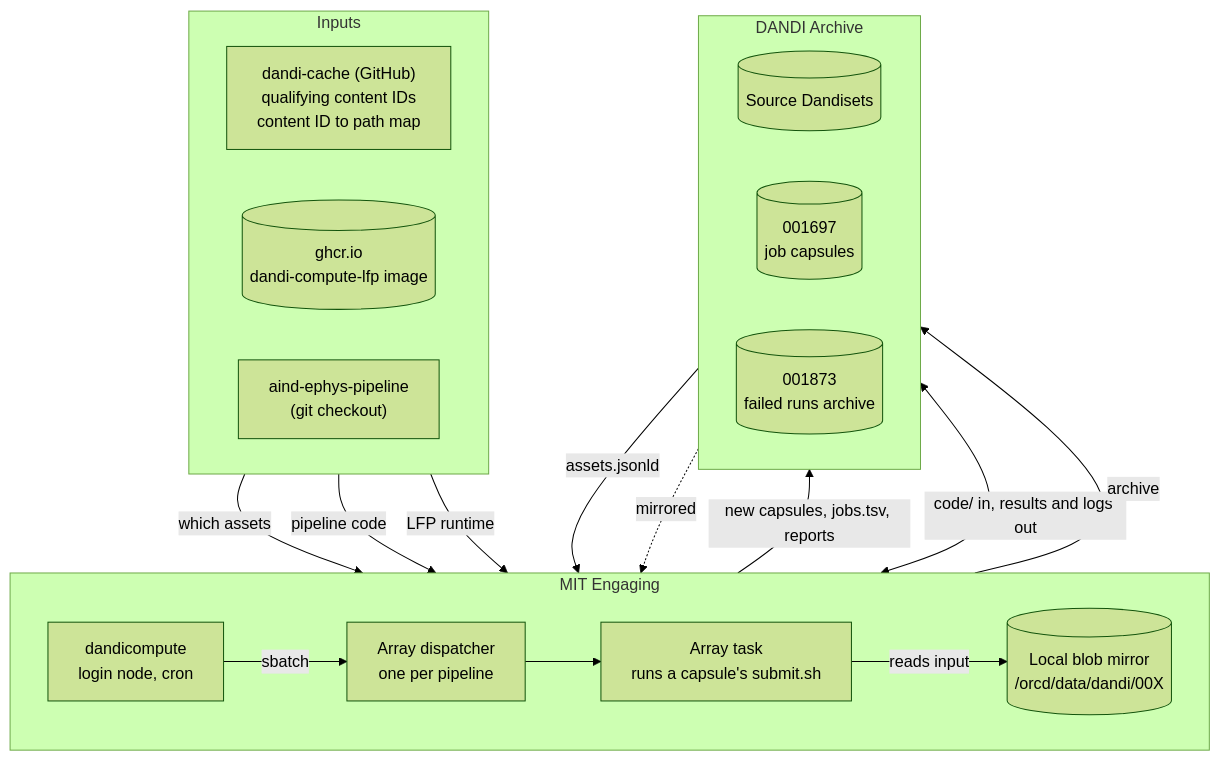
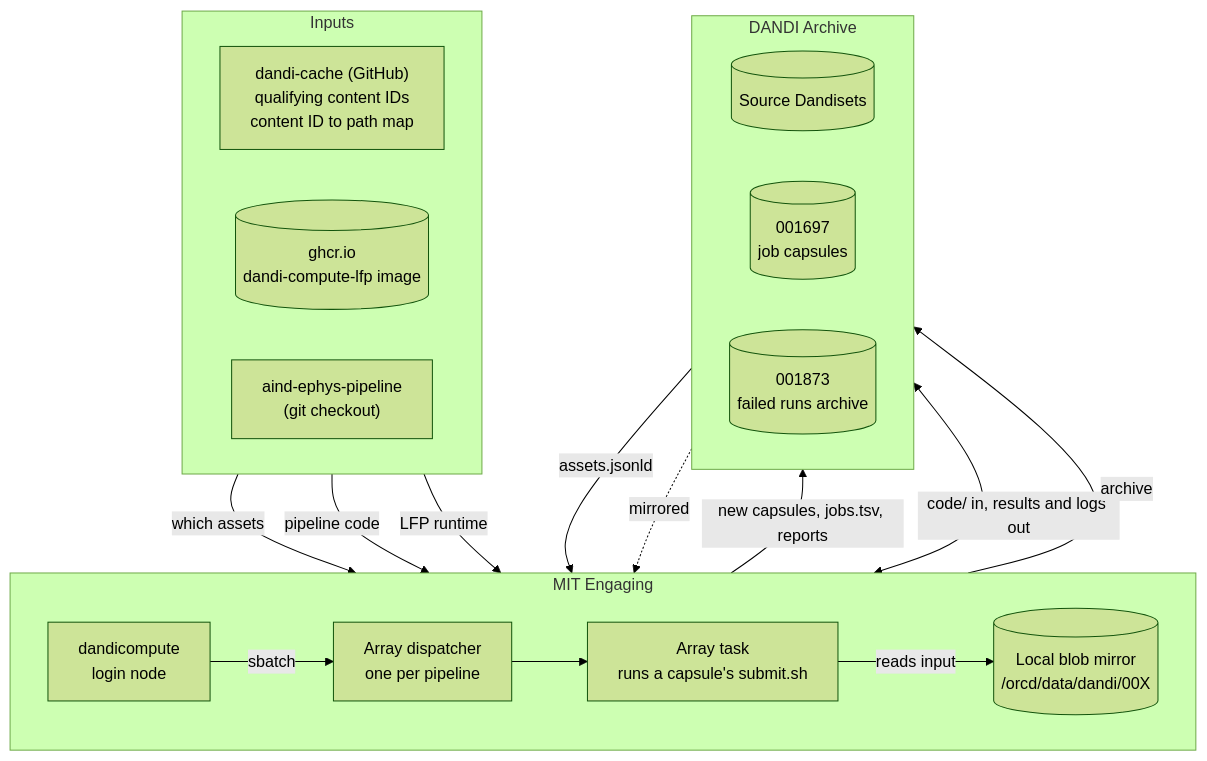
The first of 2 diagrams in docs/overview.md (dandi-compute/dandi-compute-core), drawn with Mermaid (forest theme) before and after one commit. The commit also changed other lines of this file and 3 other files, not shown here.

First line of the commit message:
Removed the cron schedule and CLI summary from the docs

````diff
--- a/docs/overview.md
+++ b/docs/overview.md
@@ -9,35 +9,35 @@
 ```mermaid
 flowchart TB
     subgraph external["Inputs"]
         direction LR
         CACHE["dandi-cache (GitHub)<br/>qualifying content IDs<br/>content ID to path map"]
         GHCR[("ghcr.io<br/>dandi-compute-lfp image")]
         AIND["aind-ephys-pipeline<br/>(git checkout)"]
     end
 
     subgraph engaging["MIT Engaging"]
         direction LR
-        CLI["dandicompute<br/>login node, cron"]
+        CLI["dandicompute<br/>login node"]
         ARR["Array dispatcher<br/>one per pipeline"]
         TASK["Array task<br/>runs a capsule's submit.sh"]
         BLOBS[("Local blob mirror<br/>/orcd/data/dandi/00X")]
         CLI -- "sbatch" --> ARR --> TASK
         TASK -- "reads input" --> BLOBS
     end
 
     subgraph archive["DANDI Archive"]
         direction LR
         SRC[("Source Dandisets")]
         JC[("001697<br/>job capsules")]
         FA[("001873<br/>failed runs archive")]
     end
 
     CACHE -- "which assets" --> CLI
     AIND -- "pipeline code" --> TASK
     GHCR -- "LFP runtime" --> TASK
     JC -- "assets.jsonld" --> CLI
     CLI -- "new capsules, jobs.tsv, reports" --> JC
     TASK <-- "code/ in, results and logs out" --> JC
     CLI -- "archive" --> FA
     SRC -. "mirrored" .-> BLOBS
 ```
````
